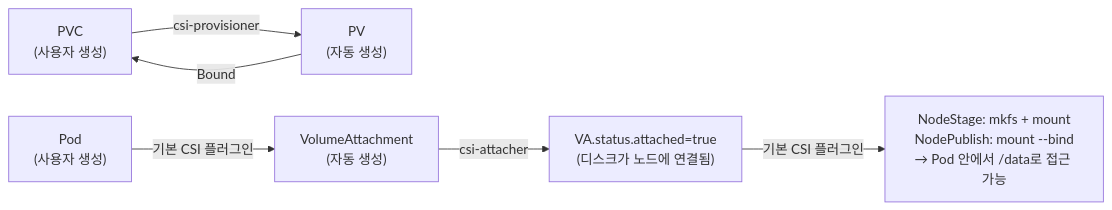
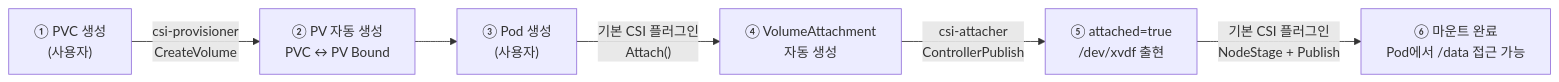
Before and after one commit to bianbbc87/bianbbc87.github.io: the fourth of 5 diagrams in _posts/2026-04-04-csi-driver-01.md, drawn with Mermaid. The commit also changed other lines of this file, not shown here.

````diff
--- a/_posts/2026-04-04-csi-driver-01.md
+++ b/_posts/2026-04-04-csi-driver-01.md
@@ -458,8 +449,8 @@
 ```mermaid
 graph LR
-    PVC["PVC<br/>(사용자 생성)"] -->|csi-provisioner| PV["PV<br/>(자동 생성)"]
-    PV -->|Bound| PVC
-    Pod["Pod<br/>(사용자 생성)"] -->|기본 CSI 플러그인| VA["VolumeAttachment<br/>(자동 생성)"]
-    VA -->|csi-attacher| VA2["VA.status.attached=true<br/>(디스크가 노드에 연결됨)"]
-    VA2 -->|기본 CSI 플러그인| Mount["NodeStage: mkfs + mount<br/>NodePublish: mount --bind<br/>→ Pod 안에서 /data로 접근 가능"]
+    A["① PVC 생성<br/>(사용자)"] -->|"csi-provisioner<br/>CreateVolume"| B["② PV 자동 생성<br/>PVC ↔ PV Bound"]
+    B --> C["③ Pod 생성<br/>(사용자)"]
+    C -->|"기본 CSI 플러그인<br/>Attach()"| D["④ VolumeAttachment<br/>자동 생성"]
+    D -->|"csi-attacher<br/>ControllerPublish"| E["⑤ attached=true<br/>/dev/xvdf 출현"]
+    E -->|"기본 CSI 플러그인<br/>NodeStage + Publish"| F["⑥ 마운트 완료<br/>Pod에서 /data 접근 가능"]
 ```
````
